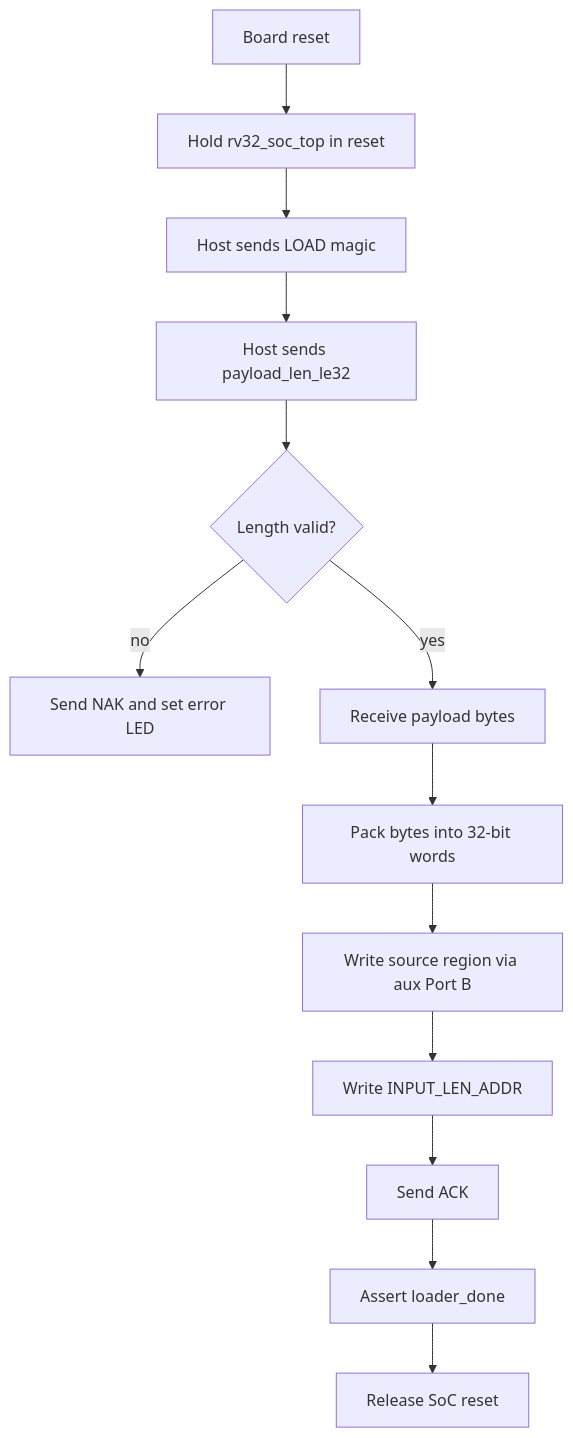
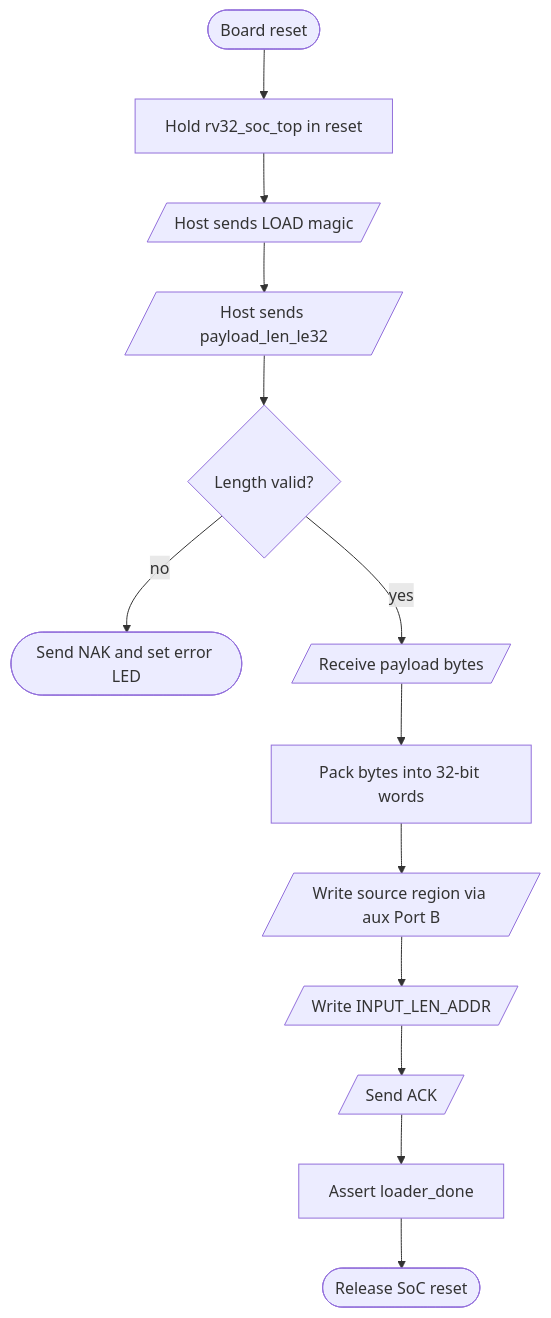
One commit to ngoquocan139/AES_huffman_all6 changed the diagram in docs/fpga_uart_dmem_loader_spec.md. Above: the diagram before and after it, drawn with Mermaid. The commit also changed 28 other files, not shown here.

````diff
--- a/docs/fpga_uart_dmem_loader_spec.md
+++ b/docs/fpga_uart_dmem_loader_spec.md
@@ -38,15 +38,15 @@
 ```mermaid
 flowchart TD
-  A["Board reset"] --> B["Hold rv32_soc_top in reset"]
-  B --> C["Host sends LOAD magic"]
-  C --> D["Host sends payload_len_le32"]
+  A(["Board reset"]) --> B["Hold rv32_soc_top in reset"]
+  B --> C[/"Host sends LOAD magic"/]
+  C --> D[/"Host sends payload_len_le32"/]
   D --> E{"Length valid?"}
-  E -->|"no"| ERR["Send NAK and set error LED"]
-  E -->|"yes"| F["Receive payload bytes"]
+  E -->|"no"| ERR(["Send NAK and set error LED"])
+  E -->|"yes"| F[/"Receive payload bytes"/]
   F --> G["Pack bytes into 32-bit words"]
-  G --> H["Write source region via aux Port B"]
-  H --> I["Write INPUT_LEN_ADDR"]
-  I --> J["Send ACK"]
+  G --> H[/"Write source region via aux Port B"/]
+  H --> I[/"Write INPUT_LEN_ADDR"/]
+  I --> J[/"Send ACK"/]
   J --> K["Assert loader_done"]
-  K --> L["Release SoC reset"]
+  K --> L(["Release SoC reset"])
 ```
````
